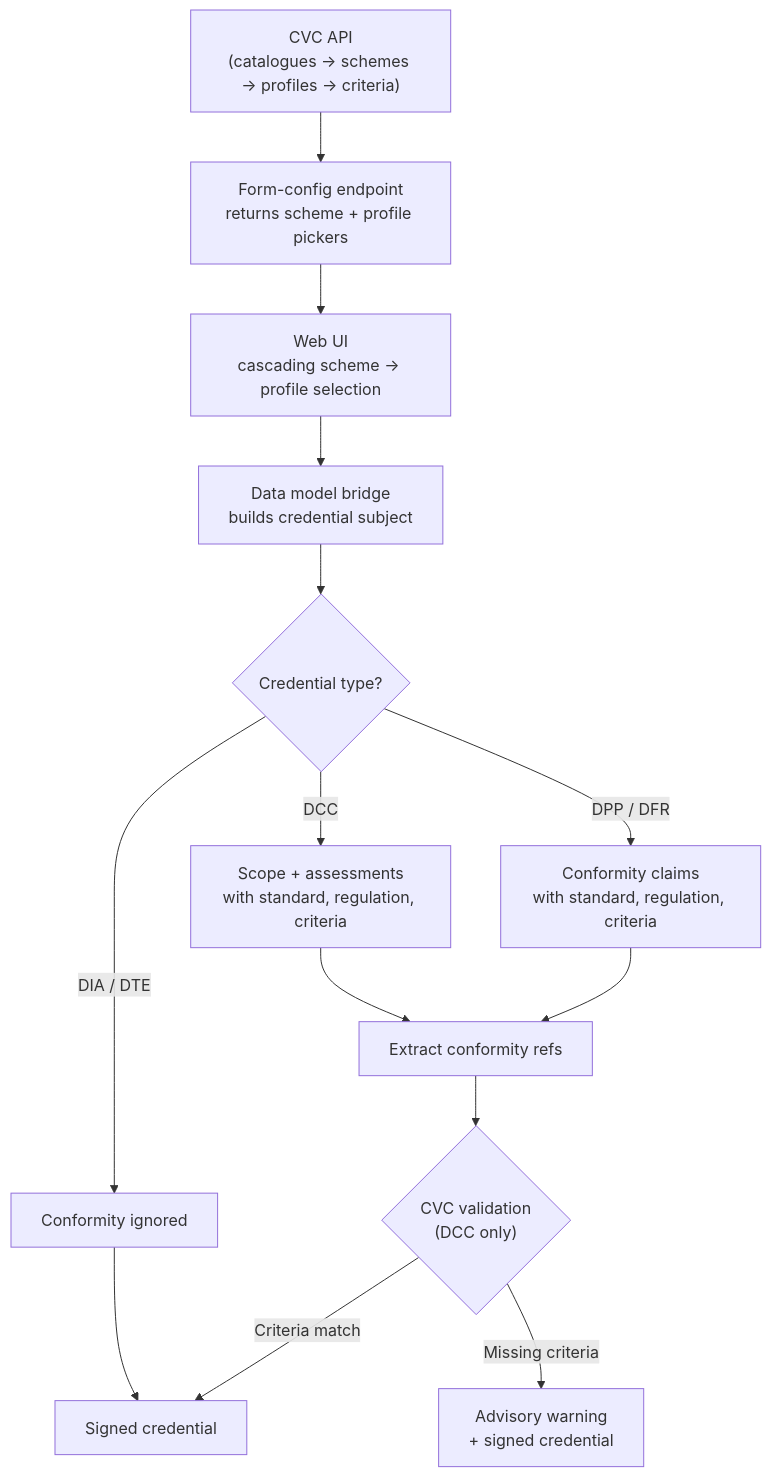
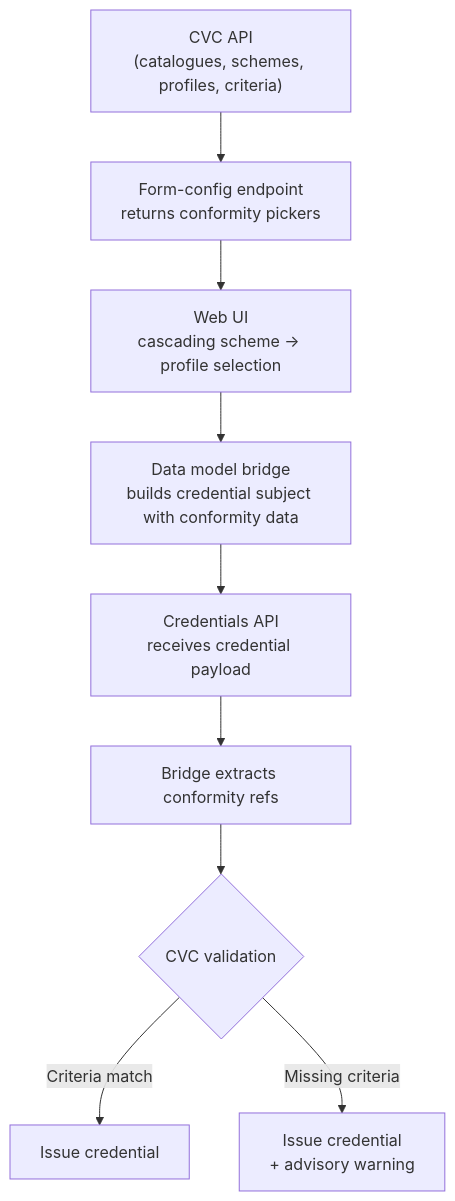
One commit to uncefact/tests-untp changed the diagram in documentation/docs/reference-implementation/data-models/conformity-handling.md. Above: the diagram before and after it, drawn with Mermaid. The commit also changed other lines of this file and 8 other files, not shown here.

First line of the commit message:
feat(services): support all DTE event types and add data models documentation

````diff
--- a/documentation/docs/reference-implementation/data-models/conformity-handling.md
+++ b/documentation/docs/reference-implementation/data-models/conformity-handling.md
@@ -74,19 +54,11 @@
 ```mermaid
 flowchart TD
-    CVC["CVC API\n(catalogues → schemes → profiles → criteria)"] --> FormConfig["Form-config endpoint\nreturns scheme + profile pickers"]
+    CVC["CVC API\n(catalogues, schemes, profiles, criteria)"] --> FormConfig["Form-config endpoint\nreturns conformity pickers"]
     FormConfig --> UI["Web UI\ncascading scheme → profile selection"]
-    UI --> Bridge["Data model bridge\nbuilds credential subject"]
-
-    Bridge --> DCC_Path{"Credential type?"}
-    DCC_Path -->|DCC| Scope["Scope + assessments\nwith standard, regulation, criteria"]
-    DCC_Path -->|DPP / DFR| Claims["Conformity claims\nwith standard, regulation, criteria"]
-    DCC_Path -->|DIA / DTE| None["Conformity ignored"]
-
-    Scope --> Extract["Extract conformity refs"]
-    Claims --> Extract
-    None --> Signed["Signed credential"]
-
-    Extract --> Validation{"CVC validation\n(DCC only)"}
-    Validation -->|Criteria match| Signed
-    Validation -->|Missing criteria| Warn["Advisory warning\n+ signed credential"]
+    UI --> Bridge["Data model bridge\nbuilds credential subject with conformity data"]
+    Bridge --> API["Credentials API\nreceives credential payload"]
+    API --> Extract["Bridge extracts conformity refs"]
+    Extract --> Validation{"CVC validation"}
+    Validation -->|Criteria match| Issue["Issue credential"]
+    Validation -->|Missing criteria| Warn["Issue credential\n+ advisory warning"]
 ```
````
